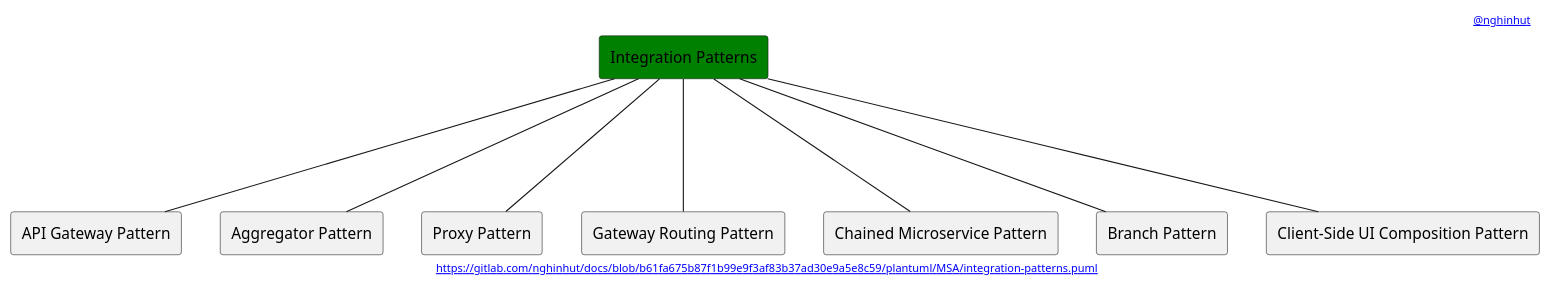
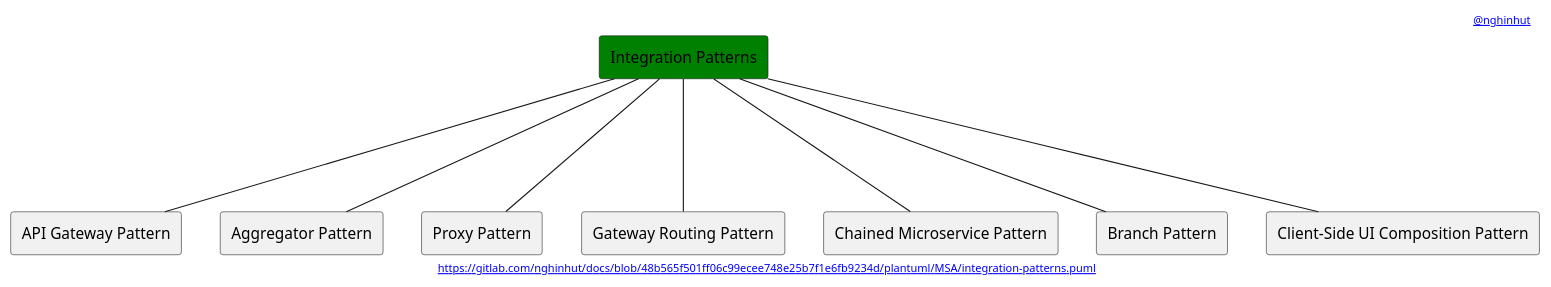
Before and after one commit to nghinhut/docs: the diagram in plantuml/MSA/integration-patterns.puml, drawn with PlantUML. The commit also changed 24 other files, not shown here.

Commit message:
docs(plantuml): update headers

```diff
--- a/plantuml/MSA/integration-patterns.puml
+++ b/plantuml/MSA/integration-patterns.puml
@@ -1,24 +1,24 @@
 @startuml
 '-----START auto generated metadata please keep comment here to allow auto update-----
 '-----DON'T EDIT THIS SECTION, INSTEAD RE-RUN prebuild.sh TO UPDATE-----
-header [[https://www.nghinhut.dev?from=http%5C%3A%5C%2F%5C%2Fwww%5C.plantuml%5C.com%5C%2Fplantuml%5C%2Fproxy%3Ffmt%3Dsvg%5C%26src%3Dhttps%5C%3A%5C%2F%5C%2Fgitlab%5C.com%5C%2Fnghinhut%5C%2Fdocs%5C%2Fraw%5C%2Fb61fa675b87f1b99e9f3af83b37ad30e9a5e8c59%5C%2Fplantuml%5C%2FMSA%5C%2Fintegration-patterns%5C.puml%0A @nghinhut]]
-footer [[http://www.plantuml.com/plantuml/proxy?fmt=svg&src=https://gitlab.com/nghinhut/docs/raw/b61fa675b87f1b99e9f3af83b37ad30e9a5e8c59/plantuml/MSA/integration-patterns.puml https://gitlab.com/nghinhut/docs/blob/b61fa675b87f1b99e9f3af83b37ad30e9a5e8c59/plantuml/MSA/integration-patterns.puml]]
+header [[https://www.nghinhut.dev?from=http%5C%3A%5C%2F%5C%2Fwww%5C.plantuml%5C.com%5C%2Fplantuml%5C%2Fproxy%3Ffmt%3Dsvg%5C%26src%3Dhttps%5C%3A%5C%2F%5C%2Fgitlab%5C.com%5C%2Fnghinhut%5C%2Fdocs%5C%2Fraw%5C%2F48b565f501ff06c99ecee748e25b7f1e6fb9234d%5C%2Fplantuml%5C%2FMSA%5C%2Fintegration-patterns%5C.puml%0A @nghinhut]]
+footer [[http://www.plantuml.com/plantuml/proxy?fmt=svg&src=https://gitlab.com/nghinhut/docs/raw/48b565f501ff06c99ecee748e25b7f1e6fb9234d/plantuml/MSA/integration-patterns.puml https://gitlab.com/nghinhut/docs/blob/48b565f501ff06c99ecee748e25b7f1e6fb9234d/plantuml/MSA/integration-patterns.puml]]
 '-----END auto generated metadata please keep comment here to allow auto update-----
 
 rectangle "Integration Patterns" as Integration #green
 
 rectangle "API Gateway Pattern" as IntegrationP1
 rectangle "Aggregator Pattern" as IntegrationP2
 rectangle "Proxy Pattern" as IntegrationP3
 rectangle "Gateway Routing Pattern" as IntegrationP4
 rectangle "Chained Microservice Pattern" as IntegrationP5
 rectangle "Branch Pattern" as IntegrationP6
 rectangle "Client-Side UI Composition Pattern" as IntegrationP7
 Integration --- IntegrationP1
 Integration --- IntegrationP2
 Integration --- IntegrationP3
 Integration --- IntegrationP4
 Integration --- IntegrationP5
 Integration --- IntegrationP6
 Integration --- IntegrationP7
 @enduml
```
